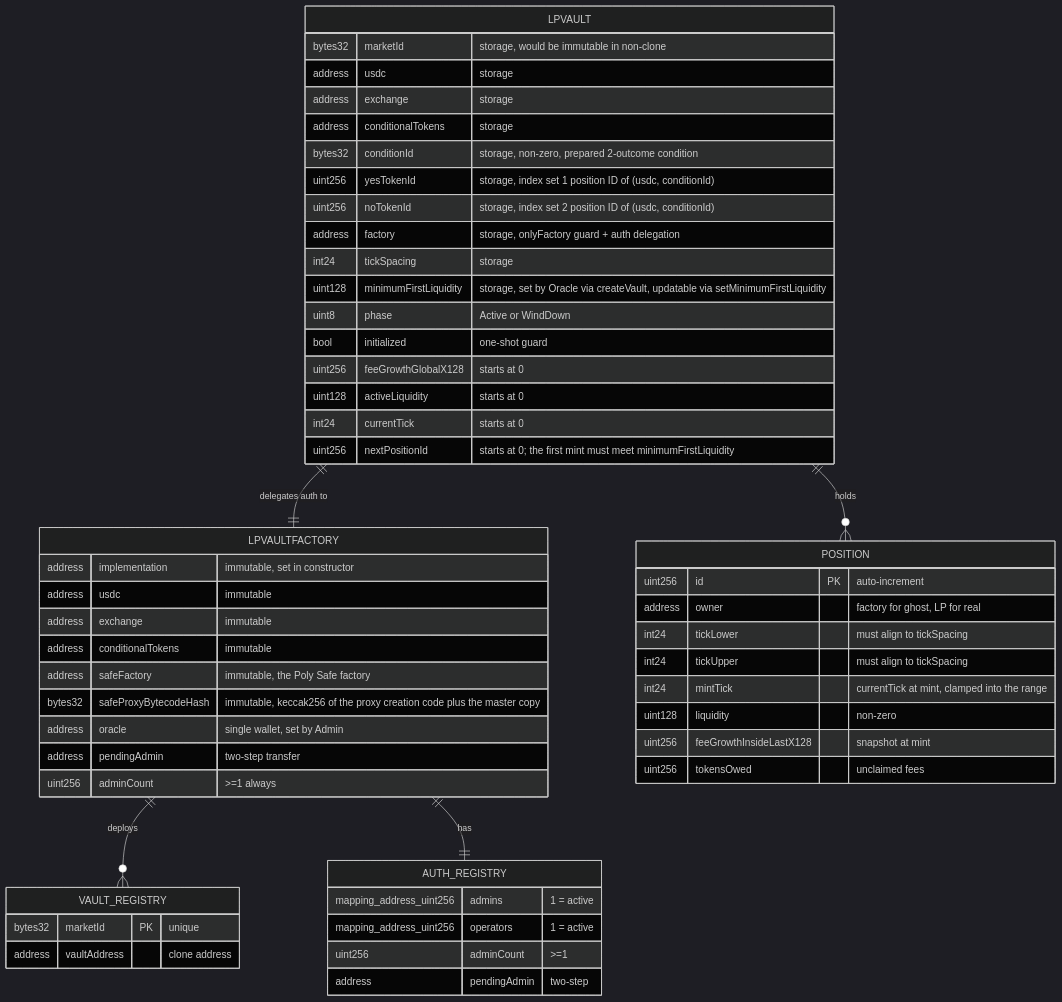
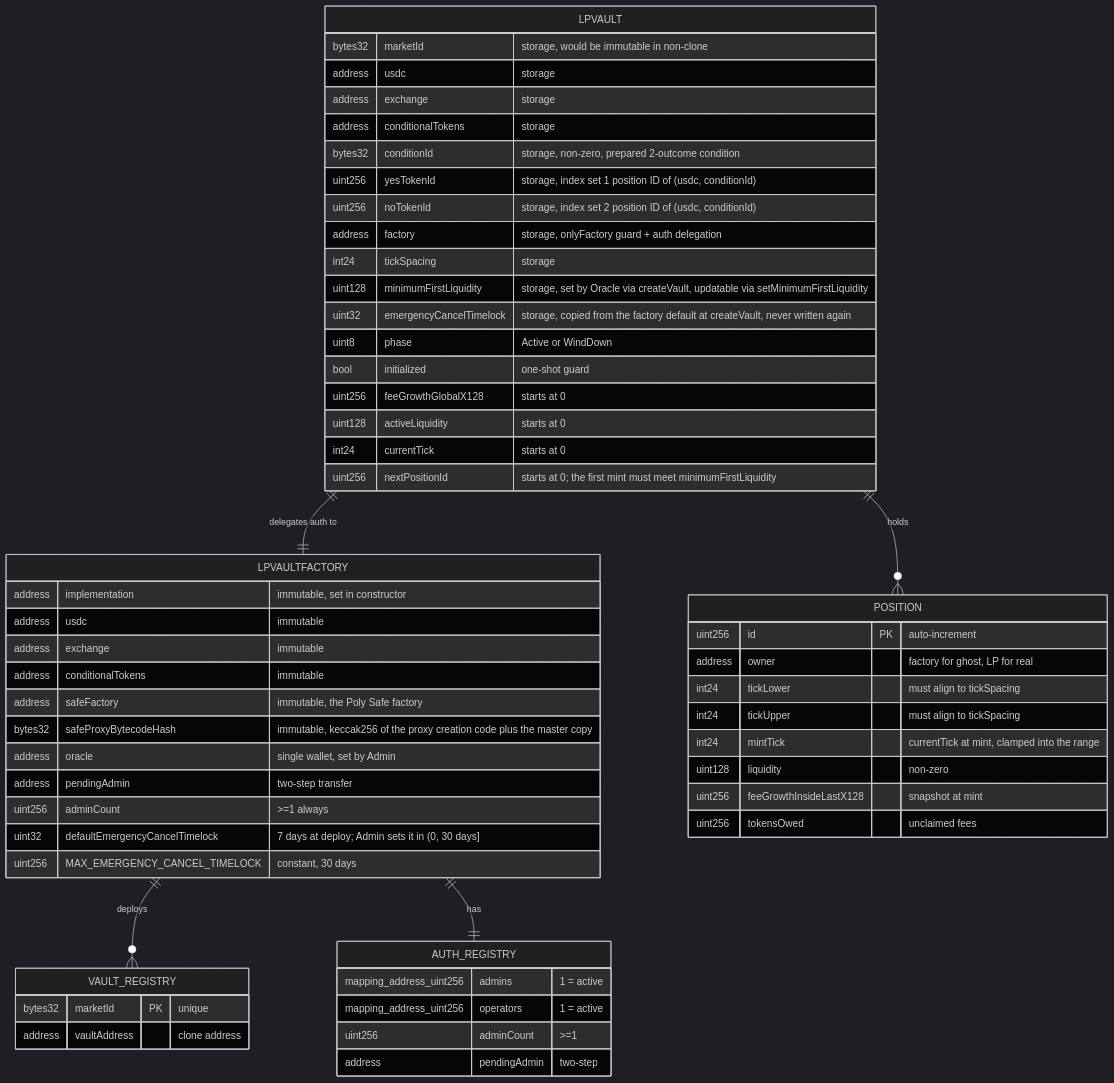
One commit to ProphetMarket/lp-vaults changed the third of 4 diagrams in specs/features/contracts/FEAT-REPZ-deploy-lp-vault-for-a-market/ARCHITECTURE.md. Above: the diagram before and after it, drawn with Mermaid (dark theme). The commit also changed other lines of this file and 24 other files, not shown here.

First line of the commit message:
spec (vault): Specify the freeze and the per-vault timelock

````diff
--- a/specs/features/contracts/FEAT-REPZ-deploy-lp-vault-for-a-market/ARCHITECTURE.md
+++ b/specs/features/contracts/FEAT-REPZ-deploy-lp-vault-for-a-market/ARCHITECTURE.md
@@ -64,56 +64,59 @@
 ```mermaid
 erDiagram
     LPVAULTFACTORY {
         address implementation "immutable, set in constructor"
         address usdc "immutable"
         address exchange "immutable"
         address conditionalTokens "immutable"
         address safeFactory "immutable, the Poly Safe factory"
         bytes32 safeProxyBytecodeHash "immutable, keccak256 of the proxy creation code plus the master copy"
         address oracle "single wallet, set by Admin"
         address pendingAdmin "two-step transfer"
         uint256 adminCount ">=1 always"
+        uint32 defaultEmergencyCancelTimelock "7 days at deploy; Admin sets it in (0, 30 days]"
+        uint256 MAX_EMERGENCY_CANCEL_TIMELOCK "constant, 30 days"
     }
     LPVAULTFACTORY ||--o{ VAULT_REGISTRY : "deploys"
     VAULT_REGISTRY {
         bytes32 marketId PK "unique"
         address vaultAddress "clone address"
     }
     LPVAULT {
         bytes32 marketId "storage, would be immutable in non-clone"
         address usdc "storage"
         address exchange "storage"
         address conditionalTokens "storage"
         bytes32 conditionId "storage, non-zero, prepared 2-outcome condition"
         uint256 yesTokenId "storage, index set 1 position ID of (usdc, conditionId)"
         uint256 noTokenId "storage, index set 2 position ID of (usdc, conditionId)"
         address factory "storage, onlyFactory guard + auth delegation"
         int24 tickSpacing "storage"
         uint128 minimumFirstLiquidity "storage, set by Oracle via createVault, updatable via setMinimumFirstLiquidity"
+        uint32 emergencyCancelTimelock "storage, copied from the factory default at createVault, never written again"
         uint8 phase "Active or WindDown"
         bool initialized "one-shot guard"
         uint256 feeGrowthGlobalX128 "starts at 0"
         uint128 activeLiquidity "starts at 0"
         int24 currentTick "starts at 0"
         uint256 nextPositionId "starts at 0; the first mint must meet minimumFirstLiquidity"
     }
     LPVAULT ||--o{ POSITION : "holds"
     POSITION {
         uint256 id PK "auto-increment"
         address owner "factory for ghost, LP for real"
         int24 tickLower "must align to tickSpacing"
         int24 tickUpper "must align to tickSpacing"
         int24 mintTick "currentTick at mint, clamped into the range"
         uint128 liquidity "non-zero"
         uint256 feeGrowthInsideLastX128 "snapshot at mint"
         uint256 tokensOwed "unclaimed fees"
     }
     AUTH_REGISTRY {
         mapping_address_uint256 admins "1 = active"
         mapping_address_uint256 operators "1 = active"
         uint256 adminCount ">=1"
         address pendingAdmin "two-step"
     }
     LPVAULTFACTORY ||--|| AUTH_REGISTRY : "has"
     LPVAULT ||--|| LPVAULTFACTORY : "delegates auth to"
 ```
````
